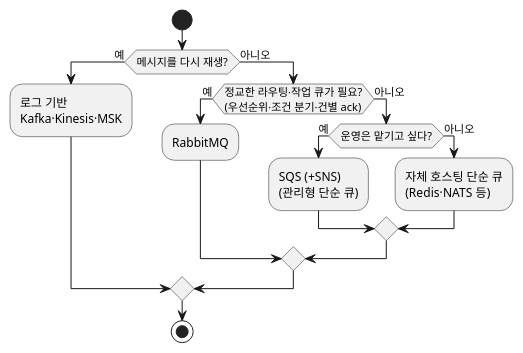
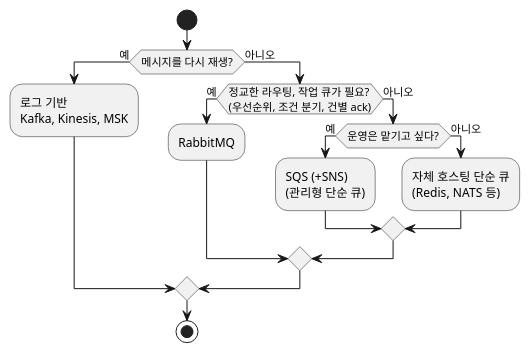
One commit to johnycho/johny-dev changed the second of 3 diagrams in blog/2026-08-18-message-queue-comparison.mdx. Above: the diagram before and after it, drawn with PlantUML. The commit also changed other lines of this file and 188 other files, not shown here.

````diff
--- a/blog/2026-08-18-message-queue-comparison.mdx
+++ b/blog/2026-08-18-message-queue-comparison.mdx
@@ -85,19 +85,19 @@
 ```plantuml
 @startuml
 start
 if (메시지를 다시 재생?) then (예)
-  :로그 기반\nKafka·Kinesis·MSK;
+  :로그 기반\nKafka, Kinesis, MSK;
 else (아니오)
-  if (정교한 라우팅·작업 큐가 필요?\n(우선순위·조건 분기·건별 ack)) then (예)
+  if (정교한 라우팅, 작업 큐가 필요?\n(우선순위, 조건 분기, 건별 ack)) then (예)
     :RabbitMQ;
   else (아니오)
     if (운영은 맡기고 싶다?) then (예)
       :SQS (+SNS)\n(관리형 단순 큐);
     else (아니오)
-      :자체 호스팅 단순 큐\n(Redis·NATS 등);
+      :자체 호스팅 단순 큐\n(Redis, NATS 등);
     endif
   endif
 endif
 stop
 @enduml
 ```
````
